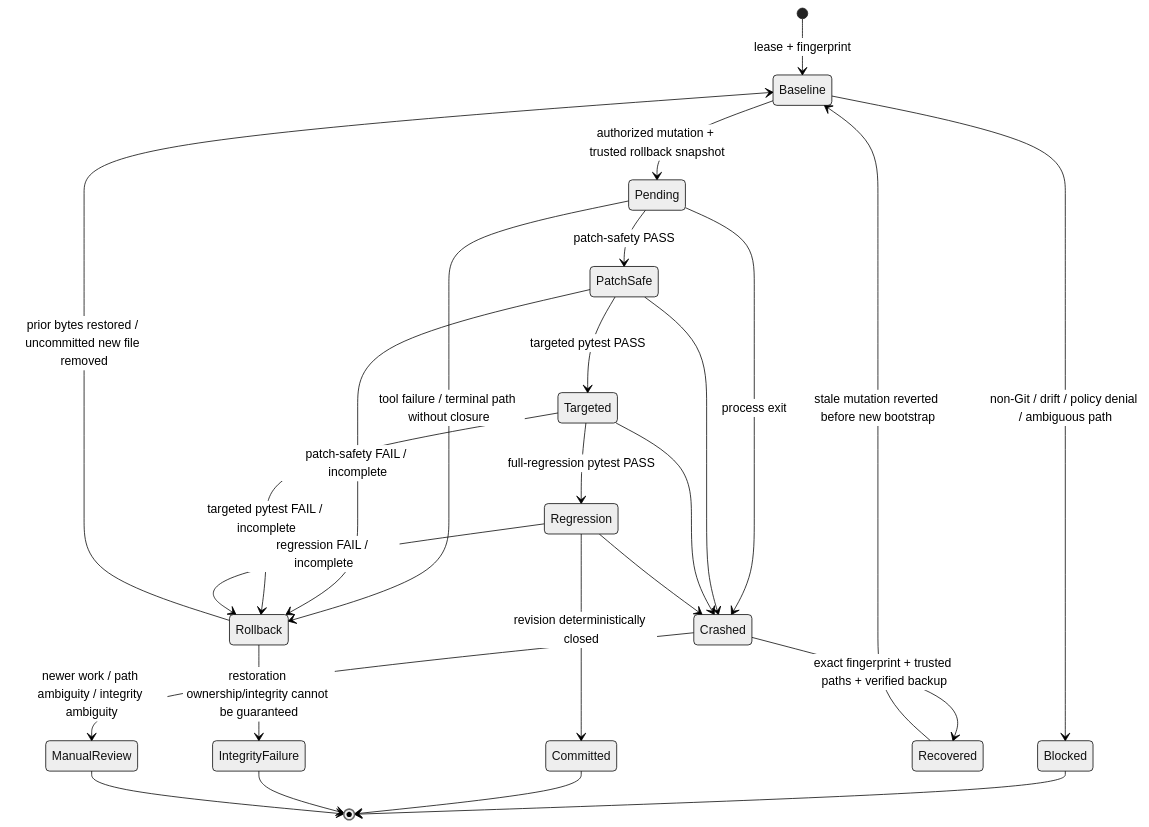
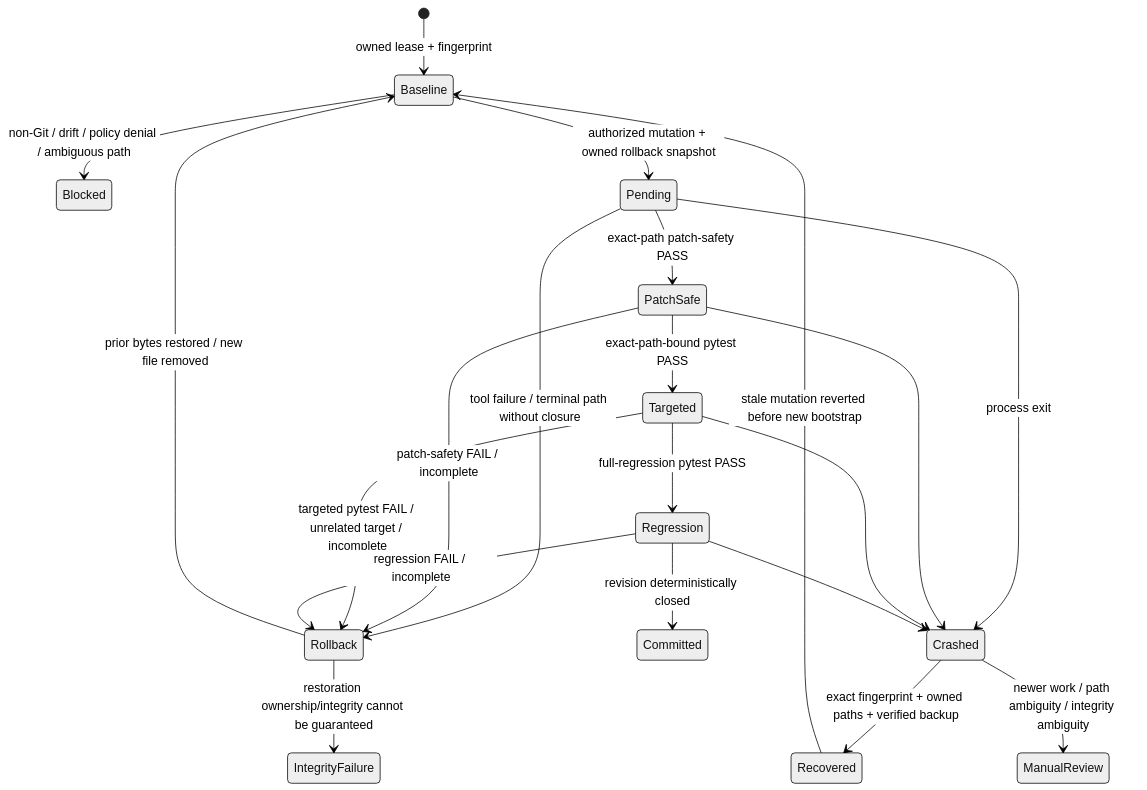
One commit to portyu9/ai-qa-automation changed the diagram in docs/RUNTIME_CONTROL.md. Above: the diagram before and after it, drawn with Mermaid (neutral theme). The commit also changed other lines of this file, not shown here.

Commit message:
Polish runtime control and align exact-path ownership semantics

````diff
--- a/docs/RUNTIME_CONTROL.md
+++ b/docs/RUNTIME_CONTROL.md
@@ -28,36 +28,31 @@
 ```mermaid
 stateDiagram-v2
-    [*] --> Baseline: lease + fingerprint
+    [*] --> Baseline: owned lease + fingerprint
 
     Baseline --> Blocked: non-Git / drift / policy denial / ambiguous path
-    Baseline --> Pending: authorized mutation + trusted rollback snapshot
+    Baseline --> Pending: authorized mutation + owned rollback snapshot
 
-    Pending --> PatchSafe: patch-safety PASS
+    Pending --> PatchSafe: exact-path patch-safety PASS
     Pending --> Rollback: tool failure / terminal path without closure
 
-    PatchSafe --> Targeted: targeted pytest PASS
+    PatchSafe --> Targeted: exact-path-bound pytest PASS
     PatchSafe --> Rollback: patch-safety FAIL / incomplete
 
     Targeted --> Regression: full-regression pytest PASS
-    Targeted --> Rollback: targeted pytest FAIL / incomplete
+    Targeted --> Rollback: targeted pytest FAIL / unrelated target / incomplete
 
     Regression --> Committed: revision deterministically closed
     Regression --> Rollback: regression FAIL / incomplete
 
-    Rollback --> Baseline: prior bytes restored / uncommitted new file removed
+    Rollback --> Baseline: prior bytes restored / new file removed
     Rollback --> IntegrityFailure: restoration ownership/integrity cannot be guaranteed
 
     Pending --> Crashed: process exit
     PatchSafe --> Crashed
     Targeted --> Crashed
     Regression --> Crashed
 
-    Crashed --> Recovered: exact fingerprint + trusted paths + verified backup
+    Crashed --> Recovered: exact fingerprint + owned paths + verified backup
     Recovered --> Baseline: stale mutation reverted before new bootstrap
     Crashed --> ManualReview: newer work / path ambiguity / integrity ambiguity
-
-    Blocked --> [*]
-    Committed --> [*]
-    IntegrityFailure --> [*]
-    ManualReview --> [*]
 ```
````
